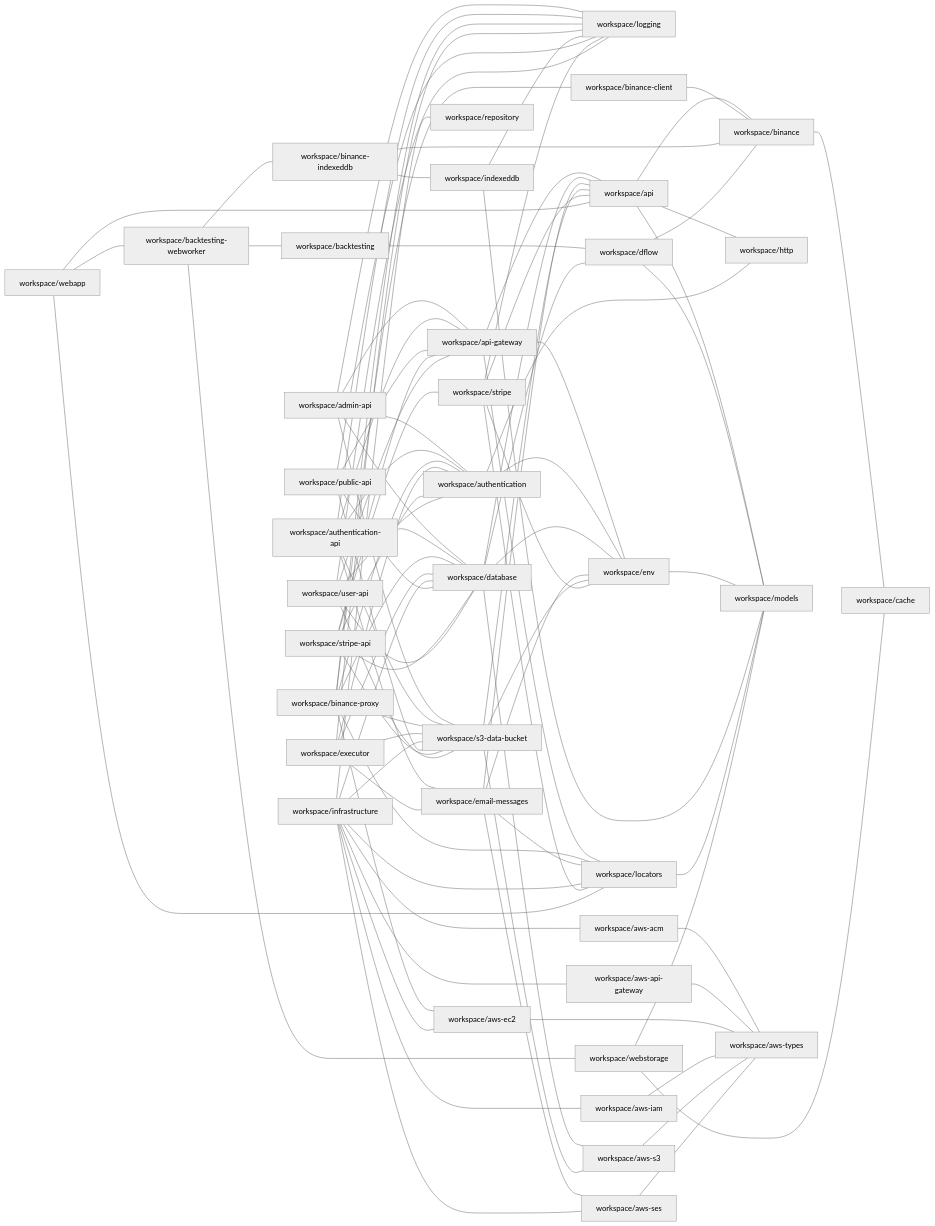
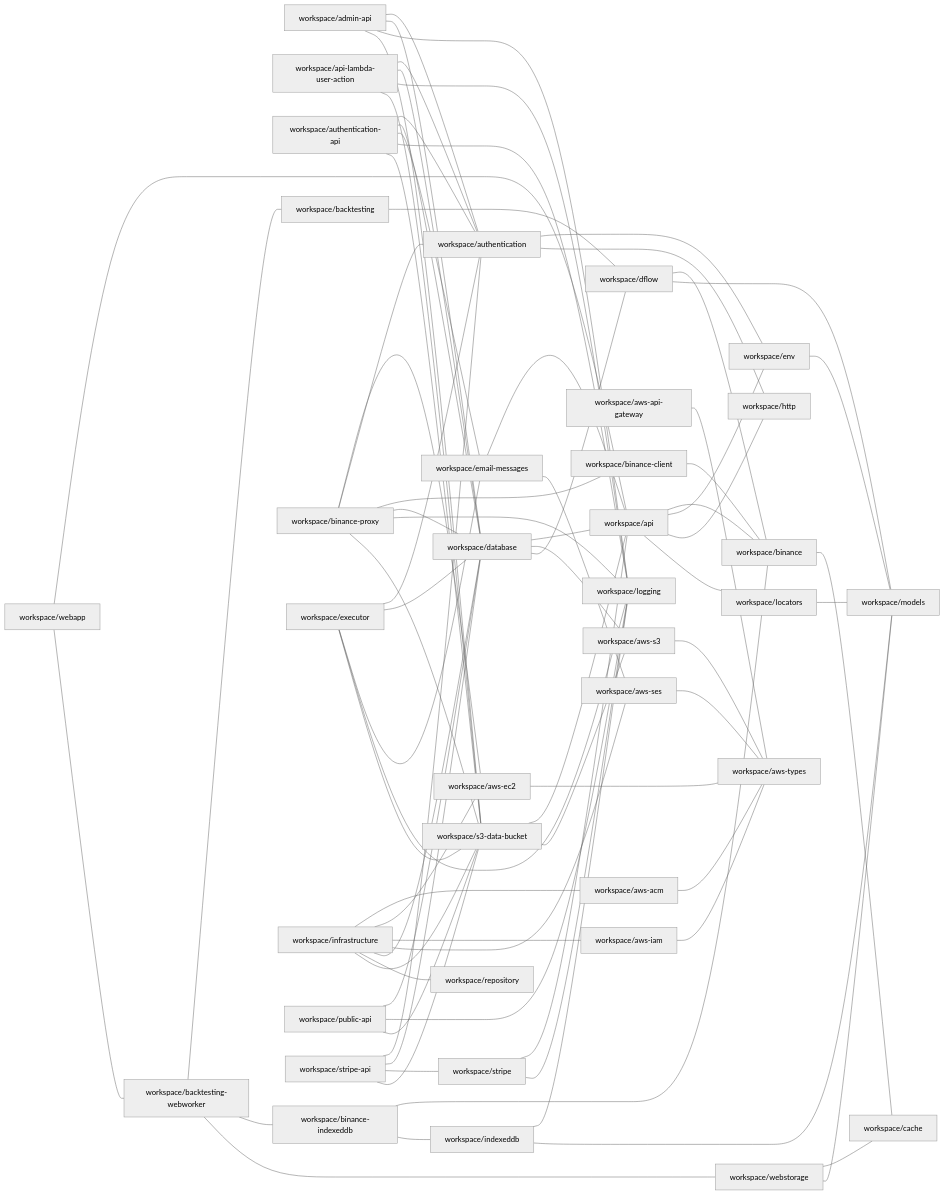
One commit to ggbot-org/ggbot changed the diagram in repository/docs/npm-dependencies.md. Above: the diagram before and after it, drawn with Mermaid (neutral theme). The commit also changed 33 other files, not shown here.

Commit message:
move api-gateway to api workspace

````diff
--- a/repository/docs/npm-dependencies.md
+++ b/repository/docs/npm-dependencies.md
@@ -5,19 +5,19 @@
 ```mermaid
 graph LR
-    workspace/admin-api --- workspace/api-gateway
     workspace/admin-api --- workspace/authentication
     workspace/admin-api --- workspace/database
     workspace/admin-api --- workspace/logging
     workspace/admin-api --- workspace/s3-data-bucket
     workspace/api --- workspace/binance
+    workspace/api --- workspace/env
     workspace/api --- workspace/http
-    workspace/api --- workspace/models
-    workspace/api-gateway --- workspace/api
-    workspace/api-gateway --- workspace/env
-    workspace/api-gateway --- workspace/locators
+    workspace/api --- workspace/locators
+    workspace/api-lambda-user-action --- workspace/authentication
+    workspace/api-lambda-user-action --- workspace/database
+    workspace/api-lambda-user-action --- workspace/logging
+    workspace/api-lambda-user-action --- workspace/s3-data-bucket
     workspace/authentication --- workspace/env
     workspace/authentication --- workspace/http
-    workspace/authentication-api --- workspace/api-gateway
     workspace/authentication-api --- workspace/authentication
     workspace/authentication-api --- workspace/database
     workspace/authentication-api --- workspace/email-messages
@@ -41,19 +41,15 @@
     workspace/binance-proxy --- workspace/authentication
     workspace/binance-proxy --- workspace/binance-client
     workspace/binance-proxy --- workspace/database
-    workspace/binance-proxy --- workspace/locators
     workspace/binance-proxy --- workspace/logging
     workspace/binance-proxy --- workspace/s3-data-bucket
     workspace/database --- workspace/api
     workspace/database --- workspace/aws-s3
     workspace/database --- workspace/dflow
-    workspace/database --- workspace/env
     workspace/dflow --- workspace/binance
     workspace/dflow --- workspace/models
     workspace/email-messages --- workspace/api
     workspace/email-messages --- workspace/aws-ses
-    workspace/email-messages --- workspace/env
-    workspace/email-messages --- workspace/locators
     workspace/env --- workspace/models
     workspace/executor --- workspace/authentication
     workspace/executor --- workspace/database
@@ -63,39 +59,26 @@
     workspace/indexeddb --- workspace/logging
     workspace/indexeddb --- workspace/models
     workspace/infrastructure --- workspace/aws-acm
-    workspace/infrastructure --- workspace/aws-api-gateway
     workspace/infrastructure --- workspace/aws-ec2
     workspace/infrastructure --- workspace/aws-iam
     workspace/infrastructure --- workspace/aws-ses
     workspace/infrastructure --- workspace/database
-    workspace/infrastructure --- workspace/locators
     workspace/infrastructure --- workspace/repository
     workspace/infrastructure --- workspace/s3-data-bucket
     workspace/locators --- workspace/models
-    workspace/public-api --- workspace/api-gateway
     workspace/public-api --- workspace/database
     workspace/public-api --- workspace/logging
     workspace/public-api --- workspace/s3-data-bucket
     workspace/s3-data-bucket --- workspace/api
     workspace/s3-data-bucket --- workspace/aws-s3
-    workspace/s3-data-bucket --- workspace/env
     workspace/stripe --- workspace/api
-    workspace/stripe --- workspace/env
-    workspace/stripe --- workspace/locators
     workspace/stripe --- workspace/logging
-    workspace/stripe-api --- workspace/api-gateway
     workspace/stripe-api --- workspace/authentication
     workspace/stripe-api --- workspace/database
     workspace/stripe-api --- workspace/stripe
     workspace/stripe-api --- workspace/s3-data-bucket
-    workspace/user-api --- workspace/api-gateway
-    workspace/user-api --- workspace/authentication
-    workspace/user-api --- workspace/database
-    workspace/user-api --- workspace/logging
-    workspace/user-api --- workspace/s3-data-bucket
     workspace/webapp --- workspace/api
     workspace/webapp --- workspace/backtesting-webworker
-    workspace/webapp --- workspace/locators
     workspace/webstorage --- workspace/cache
     workspace/webstorage --- workspace/models
 ```
````
